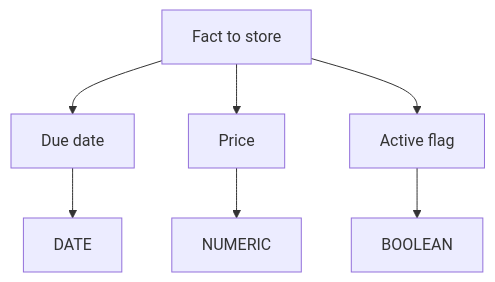
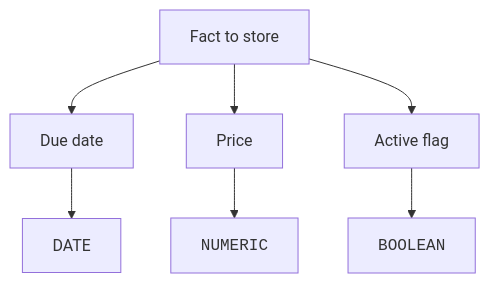
One commit to dataslope/dataslope changed the third of 6 diagrams in content/courses/database-design-postgresql/design-and-data-quality.mdx. Above: the diagram before and after it, drawn with Mermaid. The commit also changed 52 other files, not shown here.

First line of the commit message:
Set SQL keywords in mermaid labels as code, and 10 more breakdowns

````diff
--- a/content/courses/database-design-postgresql/design-and-data-quality.mdx
+++ b/content/courses/database-design-postgresql/design-and-data-quality.mdx
@@ -125,9 +125,9 @@
 ```mermaid
 flowchart TD
     Fact["Fact to store"] --> DateFact["Due date"]
     Fact --> MoneyFact["Price"]
     Fact --> FlagFact["Active flag"]
     DateFact --> DateType["DATE"]
-    MoneyFact --> NumericType["NUMERIC"]
-    FlagFact --> BooleanType["BOOLEAN"]
+    MoneyFact --> NumericType["<code>NUMERIC</code>"]
+    FlagFact --> BooleanType["<code>BOOLEAN</code>"]
 ```
````
